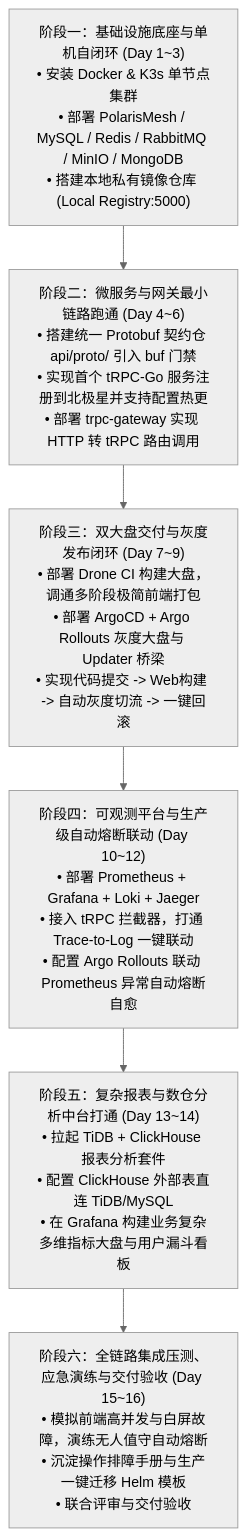
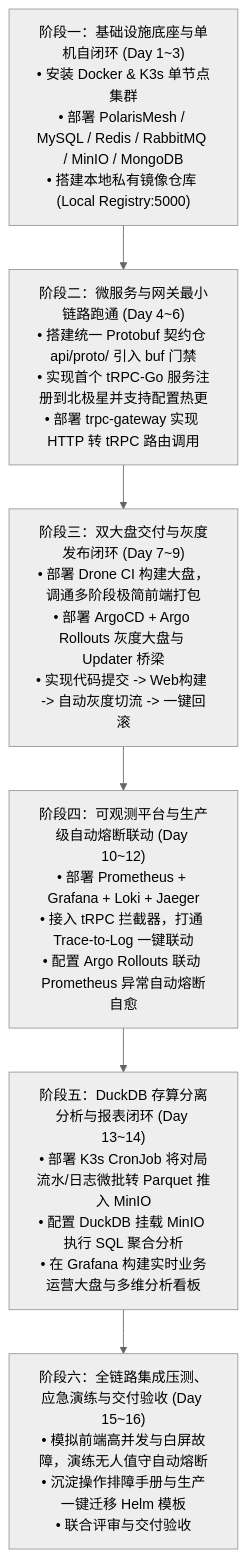
One commit to FrontTechLeo/trpc-deploy-experiment changed the second of 2 diagrams in docs/final_execution_plan_trpc_microservices.md. Above: the diagram before and after it, drawn with Mermaid (neutral theme). The commit also changed other lines of this file, not shown here.

Commit message:
docs: finalize v2.3.0 execution plan with DuckDB lakehouse, Goose migrations, and K3s CronJob pipeline

````diff
--- a/docs/final_execution_plan_trpc_microservices.md
+++ b/docs/final_execution_plan_trpc_microservices.md
@@ -151,11 +161,11 @@
 ```mermaid title="微服务治理与数据中台体系六阶段落地路线图"
 flowchart TD
     P1["阶段一：基础设施底座与单机自闭环 (Day 1~3)\n• 安装 Docker & K3s 单节点集群\n• 部署 PolarisMesh / MySQL / Redis / RabbitMQ / MinIO / MongoDB\n• 搭建本地私有镜像仓库 (Local Registry:5000)"]
     P2["阶段二：微服务与网关最小链路跑通 (Day 4~6)\n• 搭建统一 Protobuf 契约仓 api/proto/ 引入 buf 门禁\n• 实现首个 tRPC-Go 服务注册到北极星并支持配置热更\n• 部署 trpc-gateway 实现 HTTP 转 tRPC 路由调用"]
     P3["阶段三：双大盘交付与灰度发布闭环 (Day 7~9)\n• 部署 Drone CI 构建大盘，调通多阶段极简前端打包\n• 部署 ArgoCD + Argo Rollouts 灰度大盘与 Updater 桥梁\n• 实现代码提交 -> Web构建 -> 自动灰度切流 -> 一键回滚"]
     P4["阶段四：可观测平台与生产级自动熔断联动 (Day 10~12)\n• 部署 Prometheus + Grafana + Loki + Jaeger\n• 接入 tRPC 拦截器，打通 Trace-to-Log 一键联动\n• 配置 Argo Rollouts 联动 Prometheus 异常自动熔断自愈"]
-    P5["阶段五：复杂报表与数仓分析中台打通 (Day 13~14)\n• 拉起 TiDB + ClickHouse 报表分析套件\n• 配置 ClickHouse 外部表直连 TiDB/MySQL\n• 在 Grafana 构建业务复杂多维指标大盘与用户漏斗看板"]
+    P5["阶段五：DuckDB 存算分离分析与报表闭环 (Day 13~14)\n• 部署 K3s CronJob 将对局流水/日志微批转 Parquet 推入 MinIO\n• 配置 DuckDB 挂载 MinIO 执行 SQL 聚合分析\n• 在 Grafana 构建实时业务运营大盘与多维分析看板"]
     P6["阶段六：全链路集成压测、应急演练与交付验收 (Day 15~16)\n• 模拟前端高并发与白屏故障，演练无人值守自动熔断\n• 沉淀操作排障手册与生产一键迁移 Helm 模板\n• 联合评审与交付验收"]
 
     P1 --> P2 --> P3 --> P4 --> P5 --> P6
 ```
````
